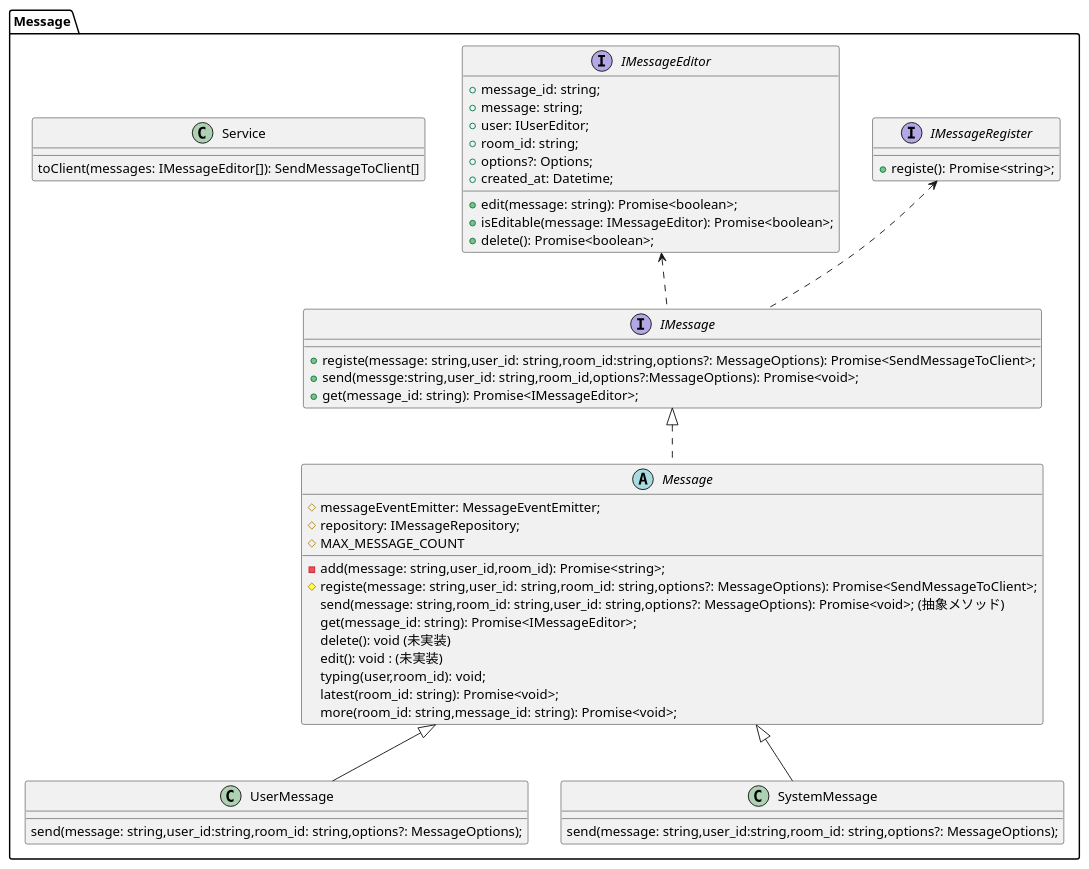
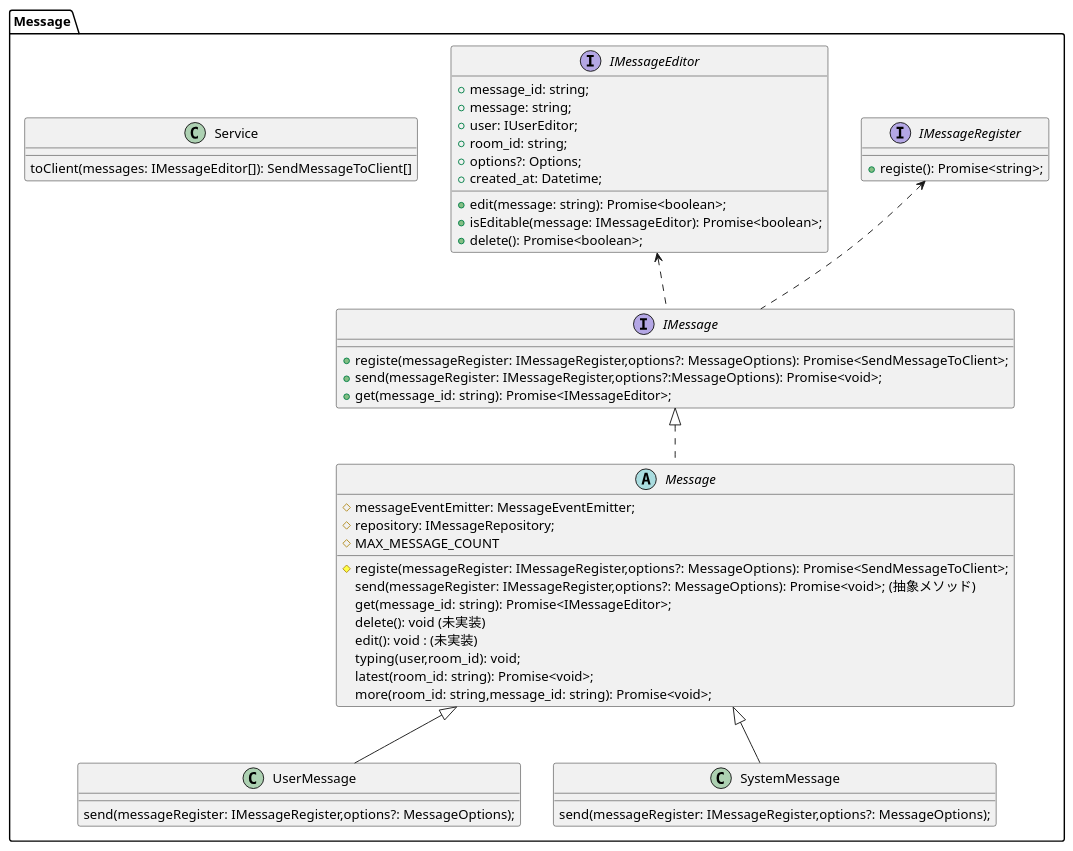
Before and after one commit to TOnodera/chatterman: the diagram in documents/plantUML/クラス図/サーバー/クラス図Message.wsd, drawn with PlantUML.

Commit message:
修正

```diff
--- a/documents/plantUML/クラス図/サーバー/クラス図Message.wsd
+++ b/documents/plantUML/クラス図/サーバー/クラス図Message.wsd
@@ -1,67 +1,66 @@
 @startuml
 package Message{
 
     interface IMessage{
-        +registe(message: string,user_id: string,room_id:string,options?: MessageOptions): Promise<SendMessageToClient>;
-        +send(messge:string,user_id: string,room_id,options?:MessageOptions): Promise<void>;
+        +registe(messageRegister: IMessageRegister,options?: MessageOptions): Promise<SendMessageToClient>;
+        +send(messageRegister: IMessageRegister,options?:MessageOptions): Promise<void>;
         +get(message_id: string): Promise<IMessageEditor>;
     }
 
     interface IMessageRegister{
         +registe(): Promise<string>;
     }
 
     interface IMessageEditor{
         +message_id: string;
         +message: string;
         +user: IUserEditor;
         +room_id: string;
         +options?: Options;
         +created_at: Datetime;
         +edit(message: string): Promise<boolean>;
         +isEditable(message: IMessageEditor): Promise<boolean>;
         +delete(): Promise<boolean>;
     }
 
     abstract class Message{
         #messageEventEmitter: MessageEventEmitter;
         #repository: IMessageRepository;
         #MAX_MESSAGE_COUNT
 
-        -add(message: string,user_id,room_id): Promise<string>;
-        #registe(message: string,user_id: string,room_id: string,options?: MessageOptions): Promise<SendMessageToClient>;
-        send(message: string,room_id: string,user_id: string,options?: MessageOptions): Promise<void>; (抽象メソッド)
+        #registe(messageRegister: IMessageRegister,options?: MessageOptions): Promise<SendMessageToClient>;
+        send(messageRegister: IMessageRegister,options?: MessageOptions): Promise<void>; (抽象メソッド)
         get(message_id: string): Promise<IMessageEditor>;
         delete(): void (未実装)
         edit(): void : (未実装)
         typing(user,room_id): void;
         latest(room_id: string): Promise<void>;
         more(room_id: string,message_id: string): Promise<void>;
     }
 
     class UserMessage{
-        send(message: string,user_id:string,room_id: string,options?: MessageOptions);
+        send(messageRegister: IMessageRegister,options?: MessageOptions);
     }
 
     class SystemMessage{
-        send(message: string,user_id:string,room_id: string,options?: MessageOptions);
+        send(messageRegister: IMessageRegister,options?: MessageOptions);
     }
 
     class Service{
         toClient(messages: IMessageEditor[]): SendMessageToClient[]
     }
 
     IMessage <|.. Message
     IMessageRegister <.. IMessage
     IMessageEditor <.. IMessage
     Message <|-- UserMessage
     Message <|-- SystemMessage
 
 
 
 
     
 }
 
 
 @enduml
```
